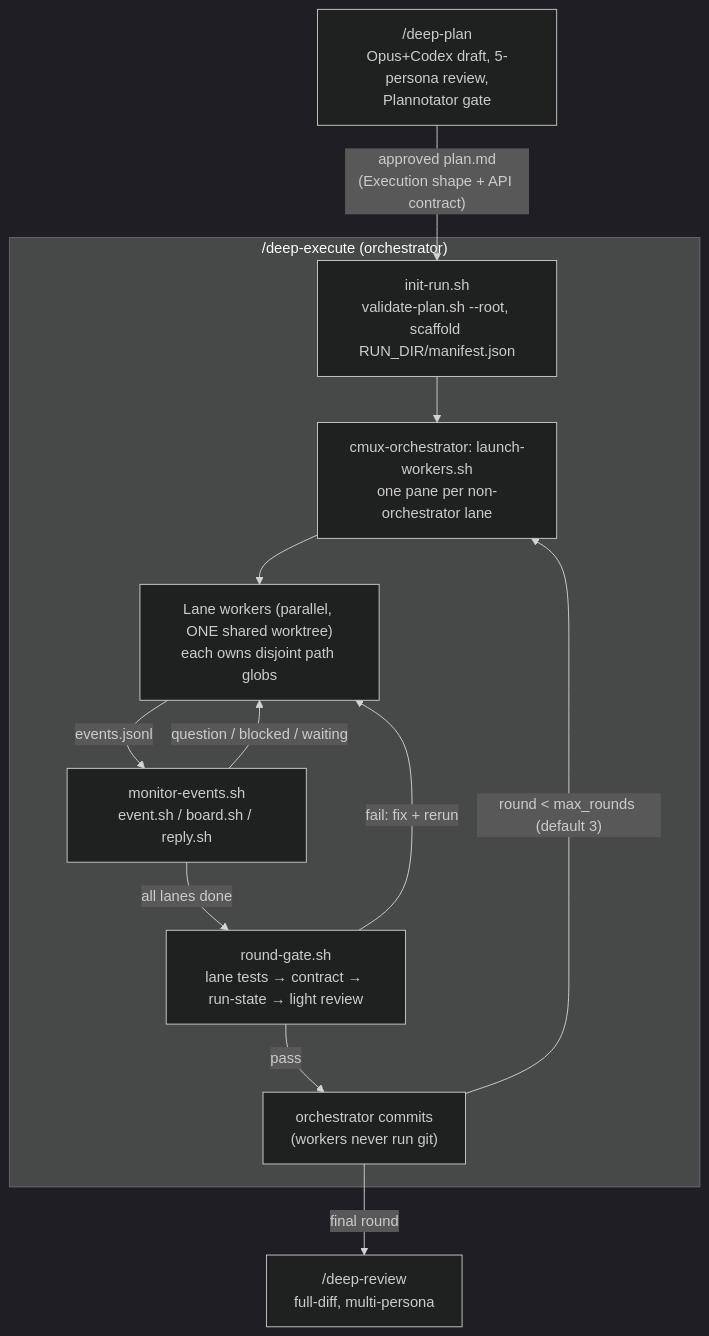
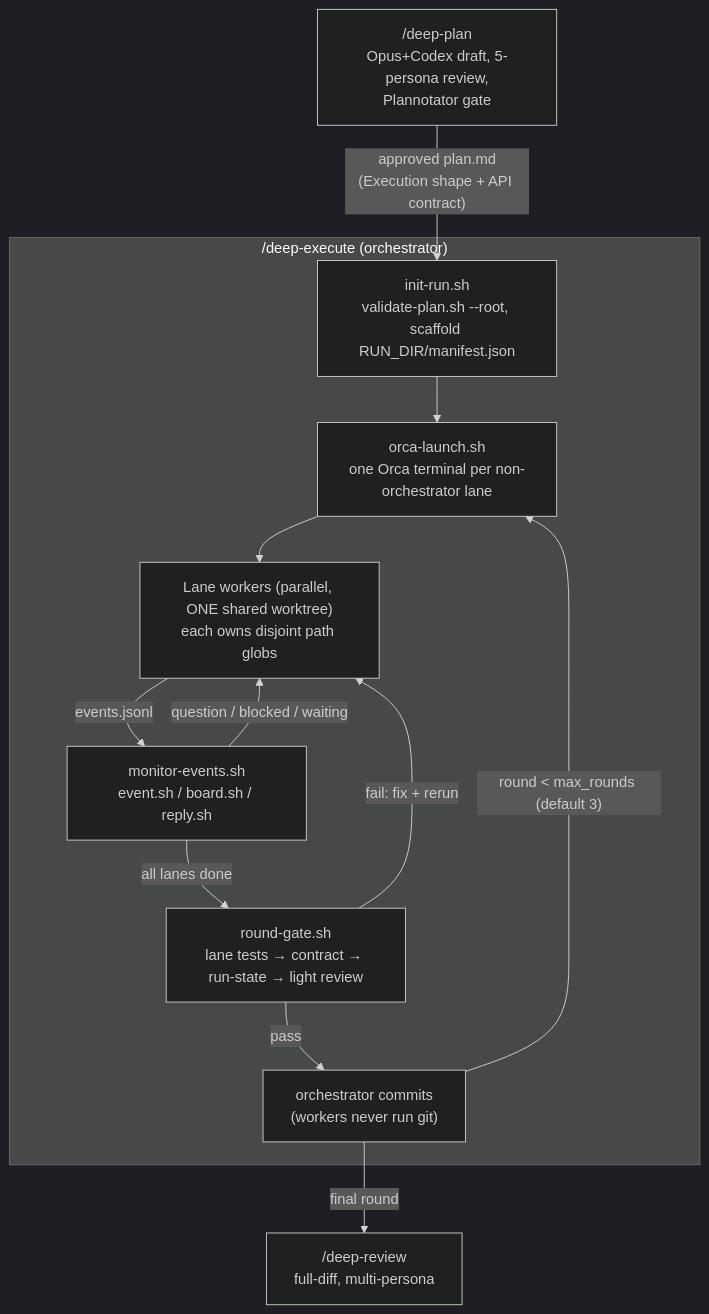
The third of 3 diagrams in ARCHITECTURE.md (ybarsotti/dotfiles), drawn with Mermaid (dark theme) before and after one commit. The commit also changed other lines of this file and 20 other files, not shown here.

First line of the commit message:
chore: drop cmux for Orca, and watch the PR until it merges or closes

````diff
--- a/ARCHITECTURE.md
+++ b/ARCHITECTURE.md
@@ -202,23 +201,23 @@
 ```mermaid
 graph TD
     PLAN["/deep-plan<br/>Opus+Codex draft, 5-persona review,<br/>Plannotator gate"] -->|"approved plan.md<br/>(Execution shape + API contract)"| INIT
 
     subgraph "/deep-execute (orchestrator)"
         INIT["init-run.sh<br/>validate-plan.sh --root, scaffold RUN_DIR/manifest.json"]
-        LAUNCH["cmux-orchestrator: launch-workers.sh<br/>one pane per non-orchestrator lane"]
+        LAUNCH["orca-launch.sh<br/>one Orca terminal per non-orchestrator lane"]
         LANES["Lane workers (parallel, ONE shared worktree)<br/>each owns disjoint path globs"]
         MON["monitor-events.sh<br/>event.sh / board.sh / reply.sh"]
         GATE["round-gate.sh<br/>lane tests → contract → run-state → light review"]
         COMMIT["orchestrator commits<br/>(workers never run git)"]
 
         INIT --> LAUNCH --> LANES
         LANES -->|"events.jsonl"| MON
         MON -->|"question / blocked / waiting"| LANES
         MON -->|"all lanes done"| GATE
         GATE -->|"pass"| COMMIT
         GATE -->|"fail: fix + rerun"| LANES
         COMMIT -->|"round < max_rounds (default 3)"| LAUNCH
     end
 
     COMMIT -->|"final round"| REVIEW["/deep-review<br/>full-diff, multi-persona"]
 ```
````
